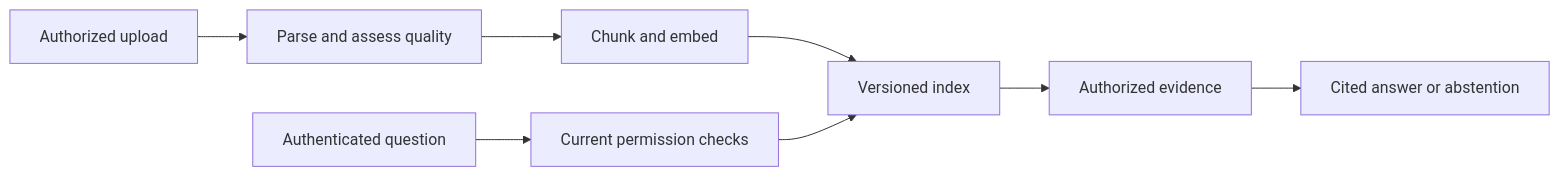
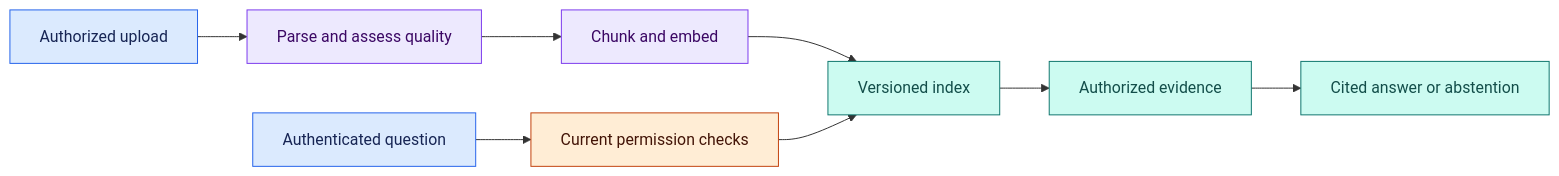
One commit to Shaktiprasadram22/system-design-26-week-roadmap changed the sixth of 6 diagrams in chapters/06-agents-and-ai-production.md. Above: the diagram before and after it, drawn with Mermaid. The commit also changed other lines of this file and 21 other files, not shown here.

````diff
--- a/chapters/06-agents-and-ai-production.md
+++ b/chapters/06-agents-and-ai-production.md
@@ -422,10 +506,19 @@
 ```mermaid
 flowchart LR
     A[Authorized upload] --> B[Parse and assess quality]
     B --> C[Chunk and embed]
     C --> D[Versioned index]
     E[Authenticated question] --> F[Current permission checks]
     F --> D
     D --> G[Authorized evidence]
     G --> H[Cited answer or abstention]
+
+    classDef input fill:#dbeafe,stroke:#2563eb,color:#172554;
+    classDef service fill:#ede9fe,stroke:#7c3aed,color:#3b0764;
+    classDef data fill:#ccfbf1,stroke:#0f766e,color:#134e4a;
+    classDef edge fill:#ffedd5,stroke:#c2410c,color:#431407;
+    class A,E input;
+    class B,C service;
+    class D,G,H data;
+    class F edge;
 ```
````
